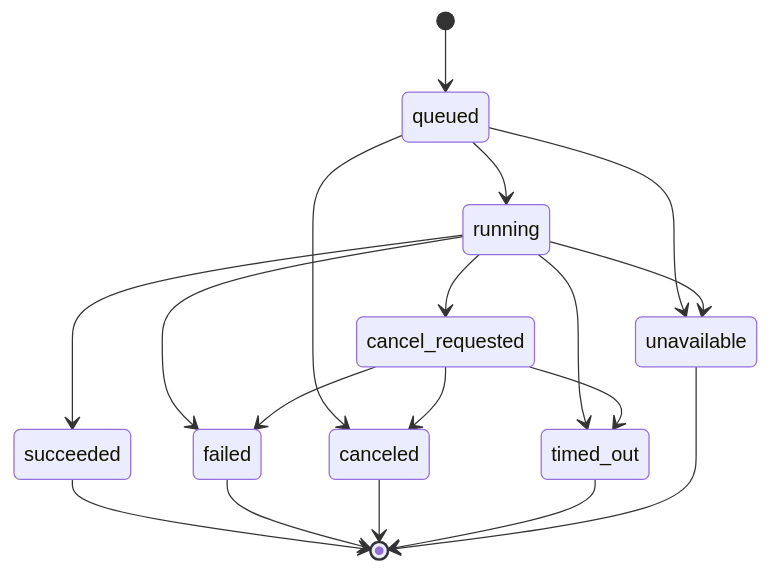
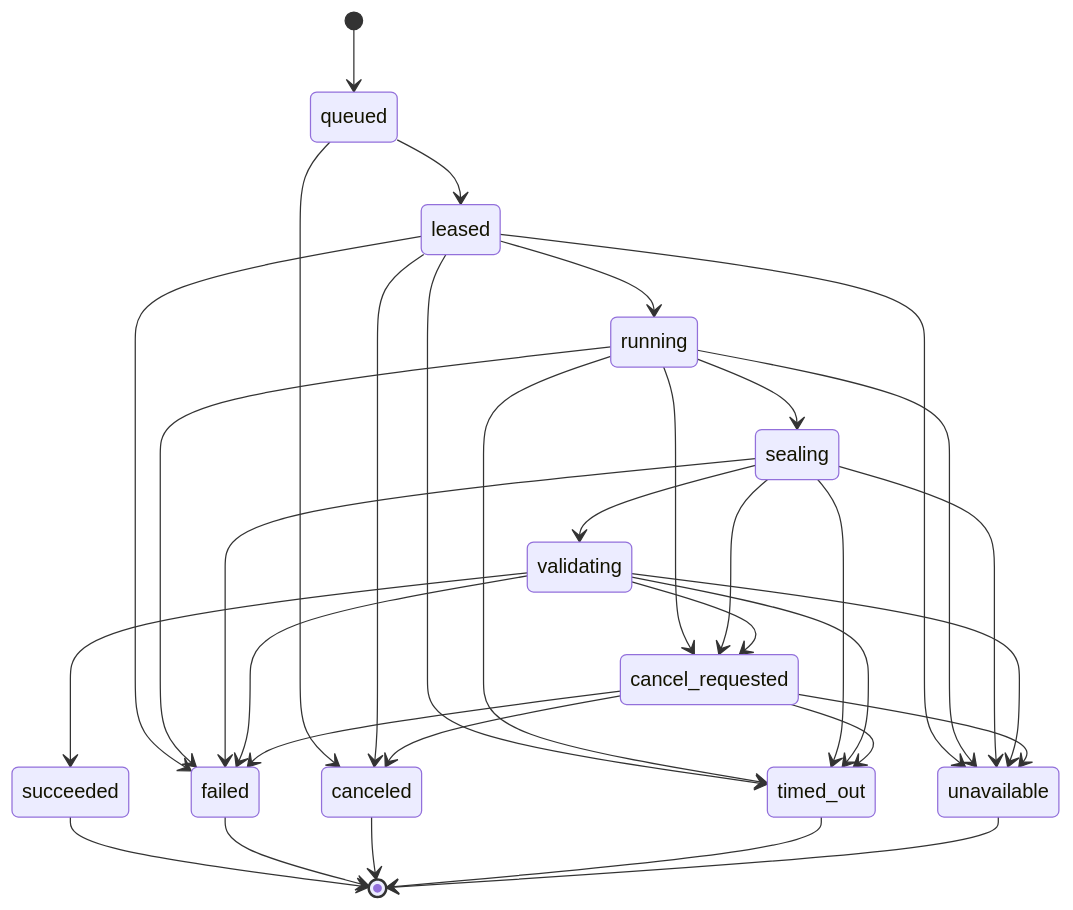
The second of 2 diagrams in docs/reference/2026-08-20-contracts.md (patrickstarpty/tap), drawn with Mermaid before and after one commit. The commit also changed other lines of this file and 27 other files, not shown here.

````diff
--- a/docs/reference/2026-08-20-contracts.md
+++ b/docs/reference/2026-08-20-contracts.md
@@ -361,20 +735,35 @@
 ```mermaid
 stateDiagram-v2
     [*] --> queued
-    queued --> running
+    queued --> leased
     queued --> canceled
-    queued --> unavailable
+    leased --> running
+    leased --> canceled
+    leased --> failed
+    leased --> timed_out
+    leased --> unavailable
     running --> cancel_requested
-    running --> succeeded
+    running --> sealing
     running --> failed
     running --> timed_out
     running --> unavailable
+    sealing --> cancel_requested
+    sealing --> validating
+    sealing --> failed
+    sealing --> timed_out
+    sealing --> unavailable
+    validating --> cancel_requested
+    validating --> succeeded
+    validating --> failed
+    validating --> timed_out
+    validating --> unavailable
     cancel_requested --> canceled
     cancel_requested --> failed
     cancel_requested --> timed_out
+    cancel_requested --> unavailable
     succeeded --> [*]
     failed --> [*]
     canceled --> [*]
     timed_out --> [*]
     unavailable --> [*]
 ```
````
